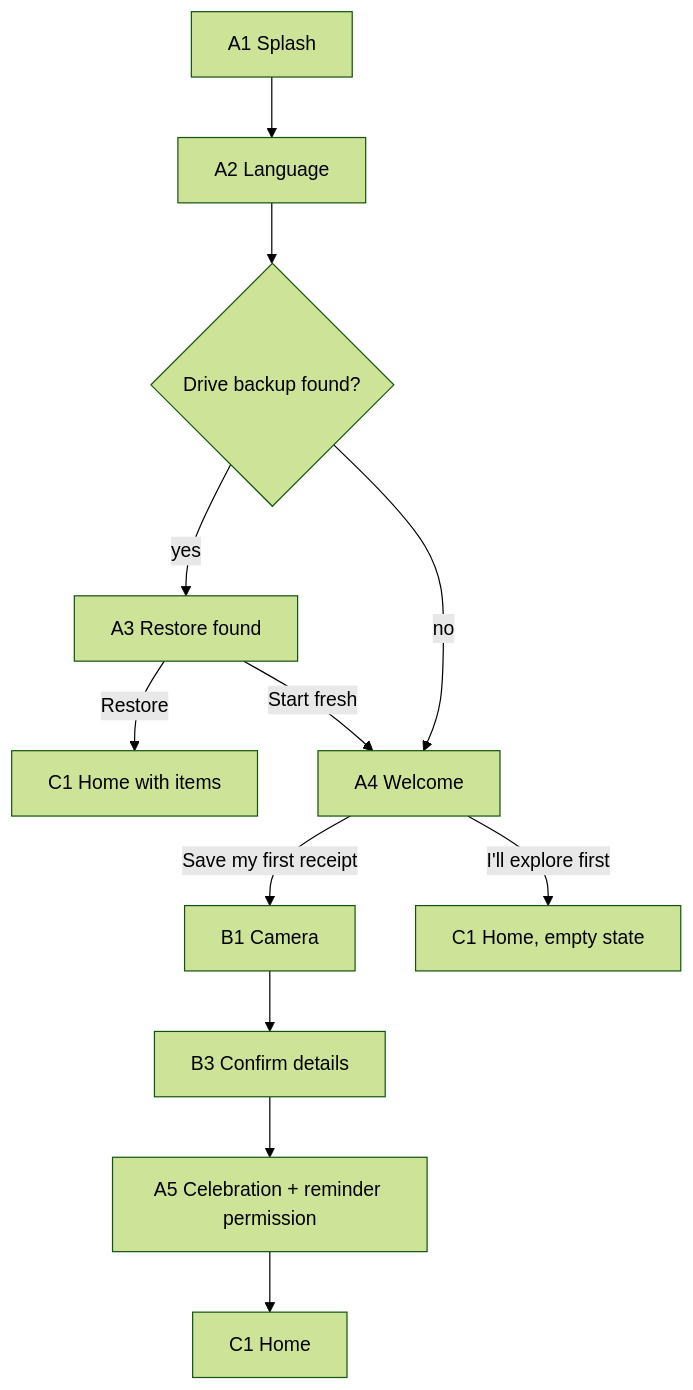
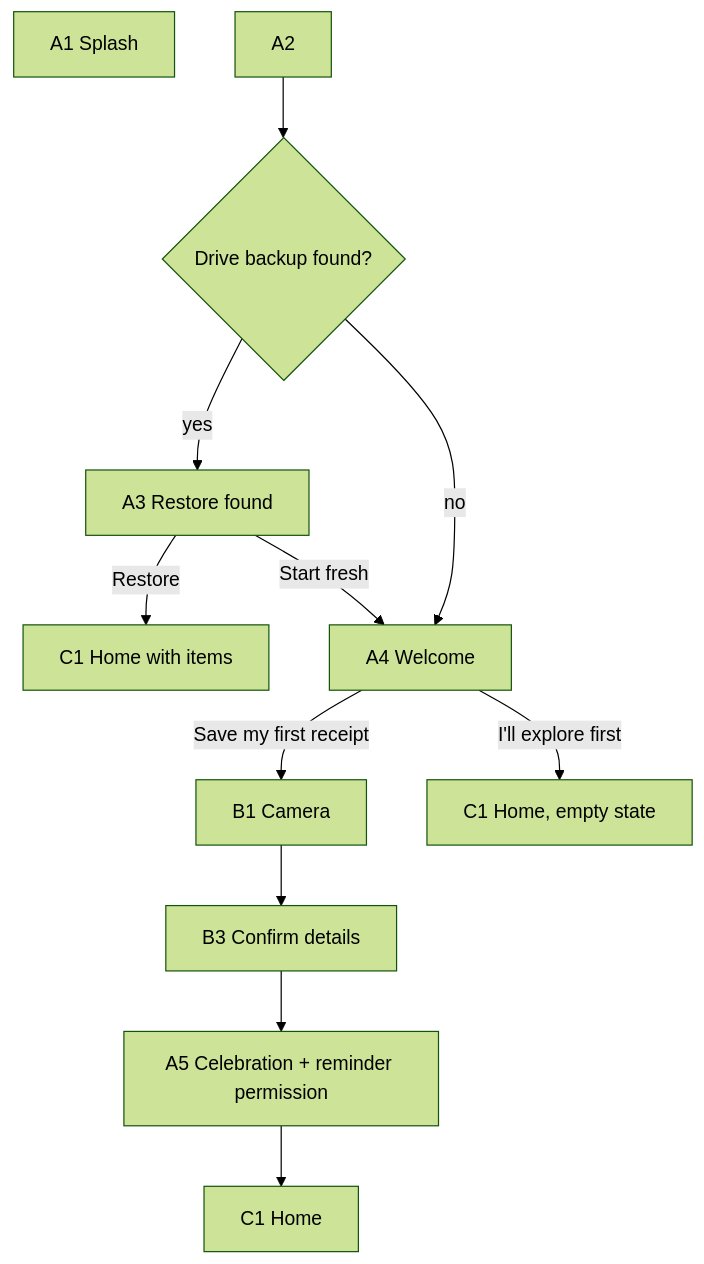
Before and after one commit to nsaifd/ambr: the second of 8 diagrams in docs/ux/ux-blueprint.md, drawn with Mermaid (forest theme). The commit also changed other lines of this file and 2 other files, not shown here.

````diff
--- a/docs/ux/ux-blueprint.md
+++ b/docs/ux/ux-blueprint.md
@@ -180,13 +179,13 @@
 ```mermaid
 flowchart TD
-    A1[A1 Splash] --> A2[A2 Language]
+    A1[A1 Splash]
     A2 --> Found{Drive backup found?}
     Found -- yes --> A3[A3 Restore found]
     A3 -- Restore --> Home[C1 Home with items]
     A3 -- Start fresh --> A4
     Found -- no --> A4[A4 Welcome]
     A4 -- Save my first receipt --> B1[B1 Camera]
     A4 -- I'll explore first --> Empty[C1 Home, empty state]
     B1 --> B3[B3 Confirm details] --> A5[A5 Celebration + reminder permission]
     A5 --> Home2[C1 Home]
 ```
````
